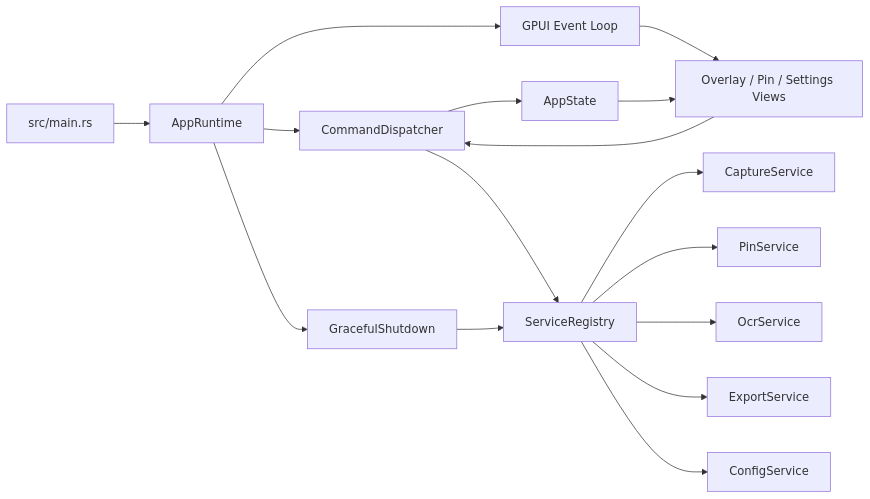
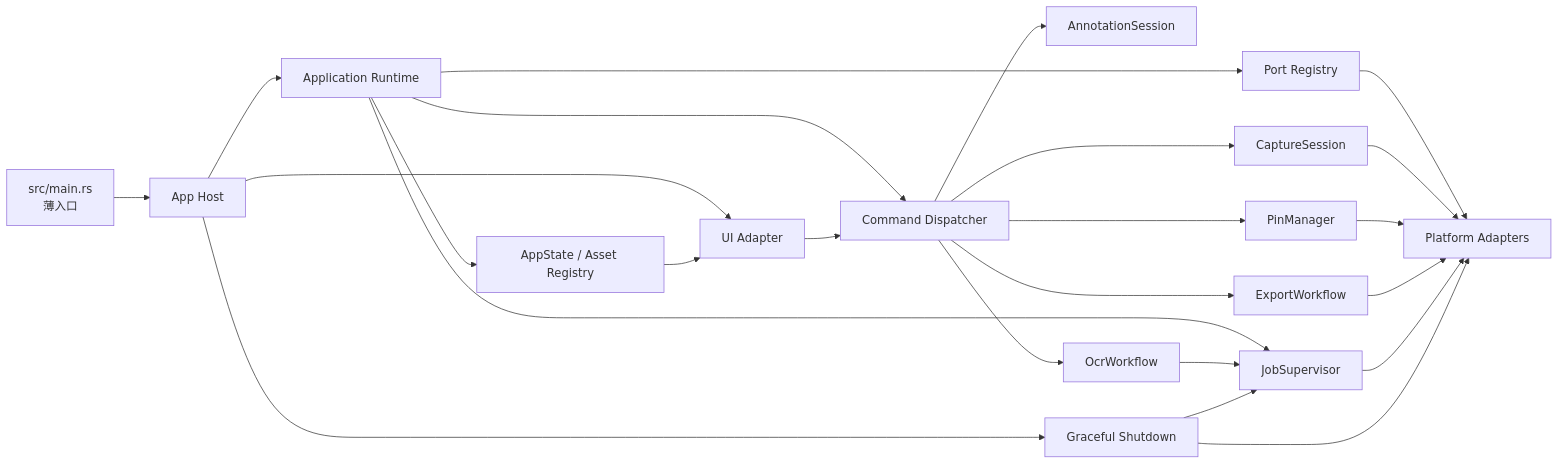
One commit to yhyzgn/pinora changed the fourth of 22 diagrams in docs/Pinora-开发设计文档.md. Above: the diagram before and after it, drawn with Mermaid. The commit also changed other lines of this file and 80 other files, not shown here.

````diff
--- a/docs/Pinora-开发设计文档.md
+++ b/docs/Pinora-开发设计文档.md
@@ -239,18 +312,26 @@
 ```mermaid
 graph LR
-    Main["src/main.rs"] --> Runtime[AppRuntime]
-    Runtime --> Dispatcher[CommandDispatcher]
-    Runtime --> EventLoop[GPUI Event Loop]
-    Runtime --> Shutdown[GracefulShutdown]
-    Dispatcher --> State[AppState]
-    Dispatcher --> Services[ServiceRegistry]
-    Services --> CaptureSvc[CaptureService]
-    Services --> PinSvc[PinService]
-    Services --> OcrSvc[OcrService]
-    Services --> ExportSvc[ExportService]
-    Services --> ConfigSvc[ConfigService]
-    EventLoop --> Views[Overlay / Pin / Settings Views]
-    Views --> Dispatcher
-    State --> Views
-    Shutdown --> Services
+    Main["src/main.rs\n薄入口"] --> Host["App Host"]
+    Host --> App["Application Runtime"]
+    Host --> Ui["UI Adapter"]
+    App --> Dispatcher["Command Dispatcher"]
+    App --> State["AppState / Asset Registry"]
+    App --> Registry["Port Registry"]
+    App --> Supervisor["JobSupervisor"]
+    Dispatcher --> CaptureSvc["CaptureSession"]
+    Dispatcher --> AnnotateSvc["AnnotationSession"]
+    Dispatcher --> PinSvc["PinManager"]
+    Dispatcher --> OcrSvc["OcrWorkflow"]
+    Dispatcher --> ExportSvc["ExportWorkflow"]
+    Ui --> Dispatcher
+    State --> Ui
+    Registry --> Platform["Platform Adapters"]
+    CaptureSvc --> Platform
+    PinSvc --> Platform
+    ExportSvc --> Platform
+    OcrSvc --> Supervisor
+    Supervisor --> Platform
+    Host --> Shutdown["Graceful Shutdown"]
+    Shutdown --> Supervisor
+    Shutdown --> Platform
 ```
````
